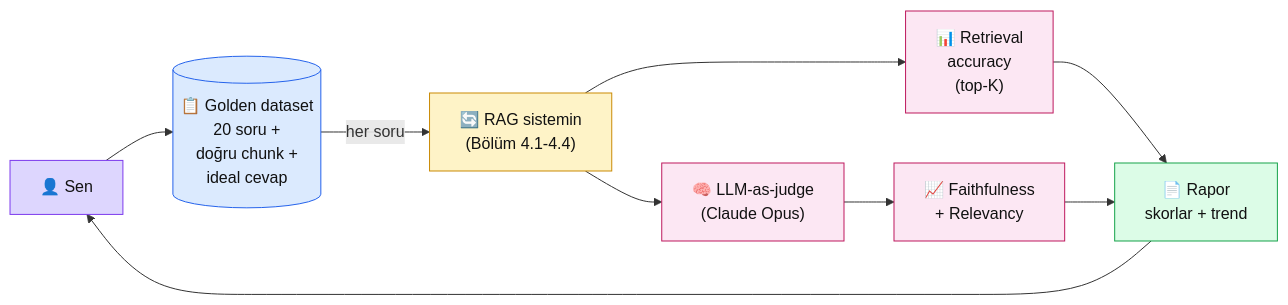
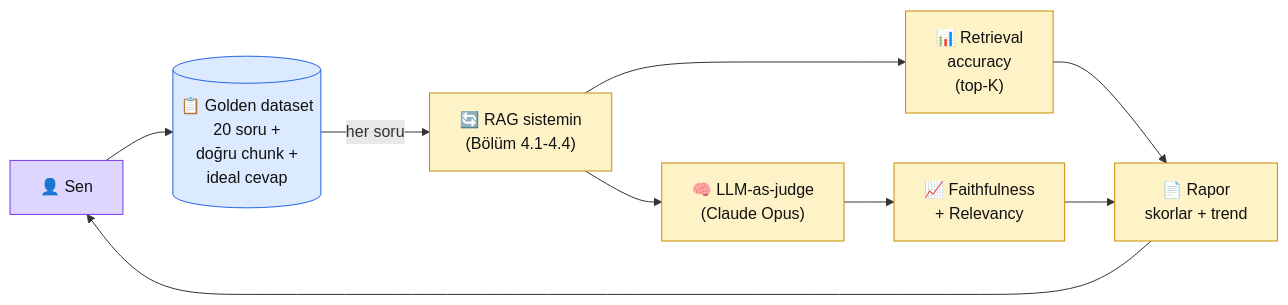
Before and after one commit to KemalG-u/muhendisal-platform: the diagram in docs/bolum-4/05-degerlendirme.md, drawn with Mermaid. The commit also changed other lines of this file and 8 other files, not shown here.

````diff
--- a/docs/bolum-4/05-degerlendirme.md
+++ b/docs/bolum-4/05-degerlendirme.md
@@ -38,29 +39,29 @@
 ```mermaid
 flowchart LR
   S["👤 Sen"]
   GD[("📋 Golden dataset\n20 soru +\ndoğru chunk +\nideal cevap")]
   RAG["🔄 RAG sistemin\n(Bölüm 4.1-4.4)"]
   R1["📊 Retrieval\naccuracy\n(top-K)"]
   R2["🧠 LLM-as-judge\n(Claude Opus)"]
   R3["📈 Faithfulness\n+ Relevancy"]
   REP["📄 Rapor\nskorlar + trend"]
 
   S --> GD
   GD -->|her soru| RAG
   RAG --> R1
   RAG --> R2
   R2 --> R3
   R1 & R3 --> REP
   REP --> S
 
   classDef sen fill:#ddd6fe,stroke:#7c3aed,color:#111
   classDef data fill:#dbeafe,stroke:#2563eb,color:#111
   classDef run fill:#fef3c7,stroke:#ca8a04,color:#111
-  classDef met fill:#fce7f3,stroke:#be185d,color:#111
-  classDef hed fill:#dcfce7,stroke:#16a34a,color:#111
+  classDef met fill:#fef3c7,stroke:#ca8a04,color:#111
+  classDef hed fill:#fef3c7,stroke:#ca8a04,color:#111
   class S sen
   class GD data
   class RAG run
   class R1,R2,R3 met
   class REP hed
 ```
````
